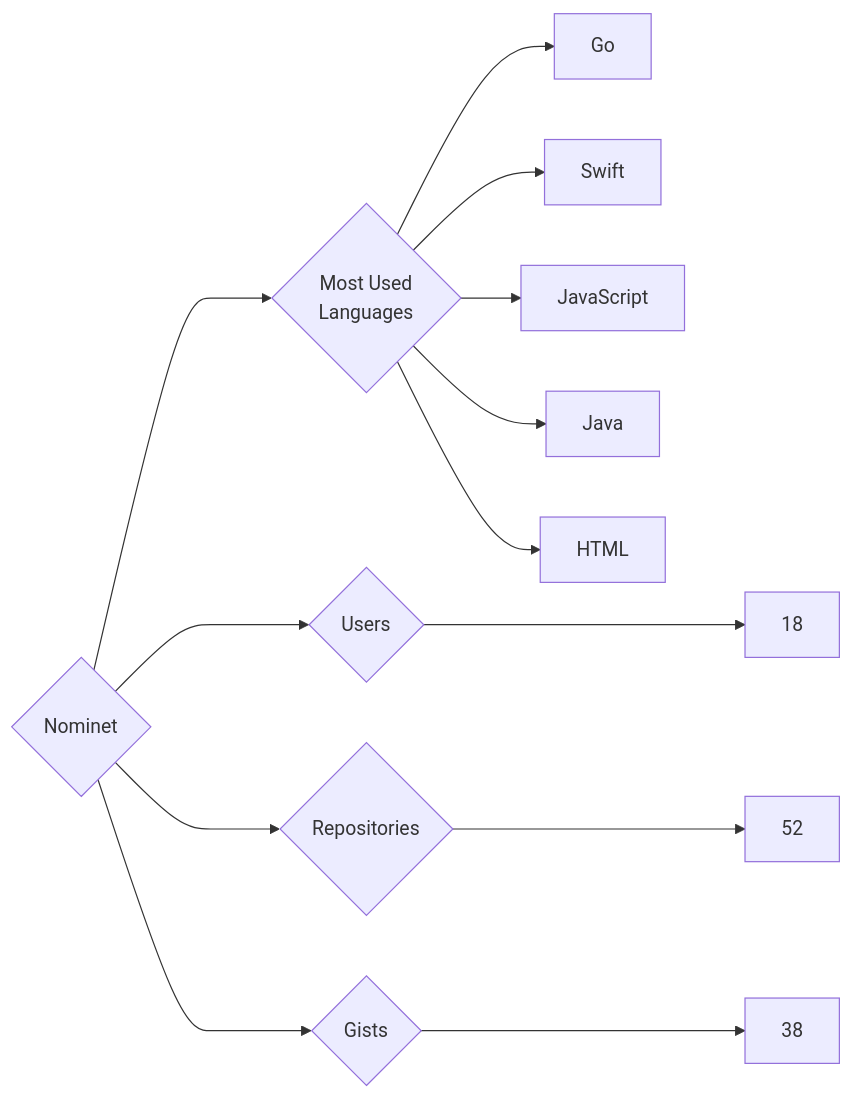
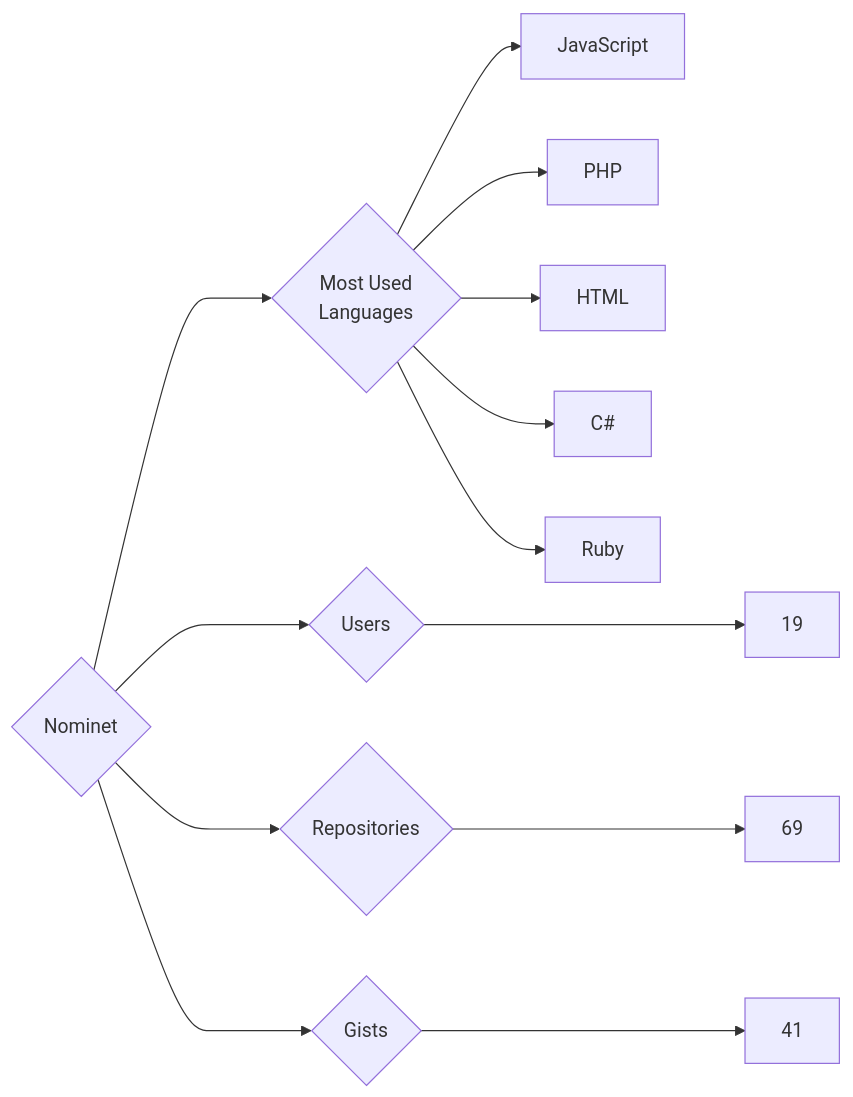
One commit to trickest/insiders changed the diagram in targets/Nominet/README.md. Above: the diagram before and after it, drawn with Mermaid. The commit also changed 912 other files, not shown here.

````diff
--- a/targets/Nominet/README.md
+++ b/targets/Nominet/README.md
@@ -3,13 +3,13 @@
 ```mermaid
 graph LR
 COMPANY_NAME{Nominet}
-COMPANY_NAME ---> U{Users} ---> UN[18]
-COMPANY_NAME ---> R{Repositories} ---> RN[52]
-COMPANY_NAME ---> G{Gists} ---> GN[38]
+COMPANY_NAME ---> U{Users} ---> UN[19]
+COMPANY_NAME ---> R{Repositories} ---> RN[69]
+COMPANY_NAME ---> G{Gists} ---> GN[41]
 COMPANY_NAME ---> ML{Most Used<br>Languages}
-ML --> Go[Go]
-ML --> Swift[Swift]
 ML --> JavaScript[JavaScript]
-ML --> Java[Java]
+ML --> PHP[PHP]
 ML --> HTML[HTML]
+ML --> C#[C#]
+ML --> Ruby[Ruby]
 ```
````
